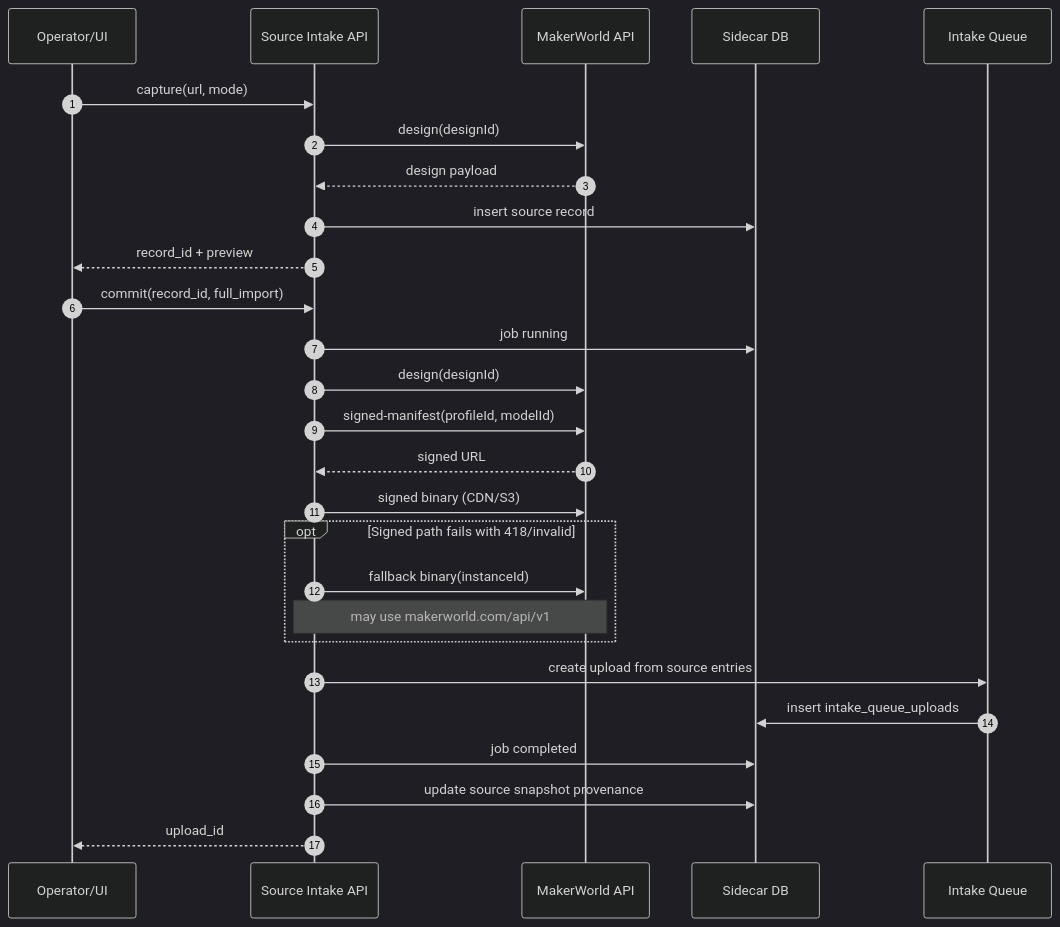
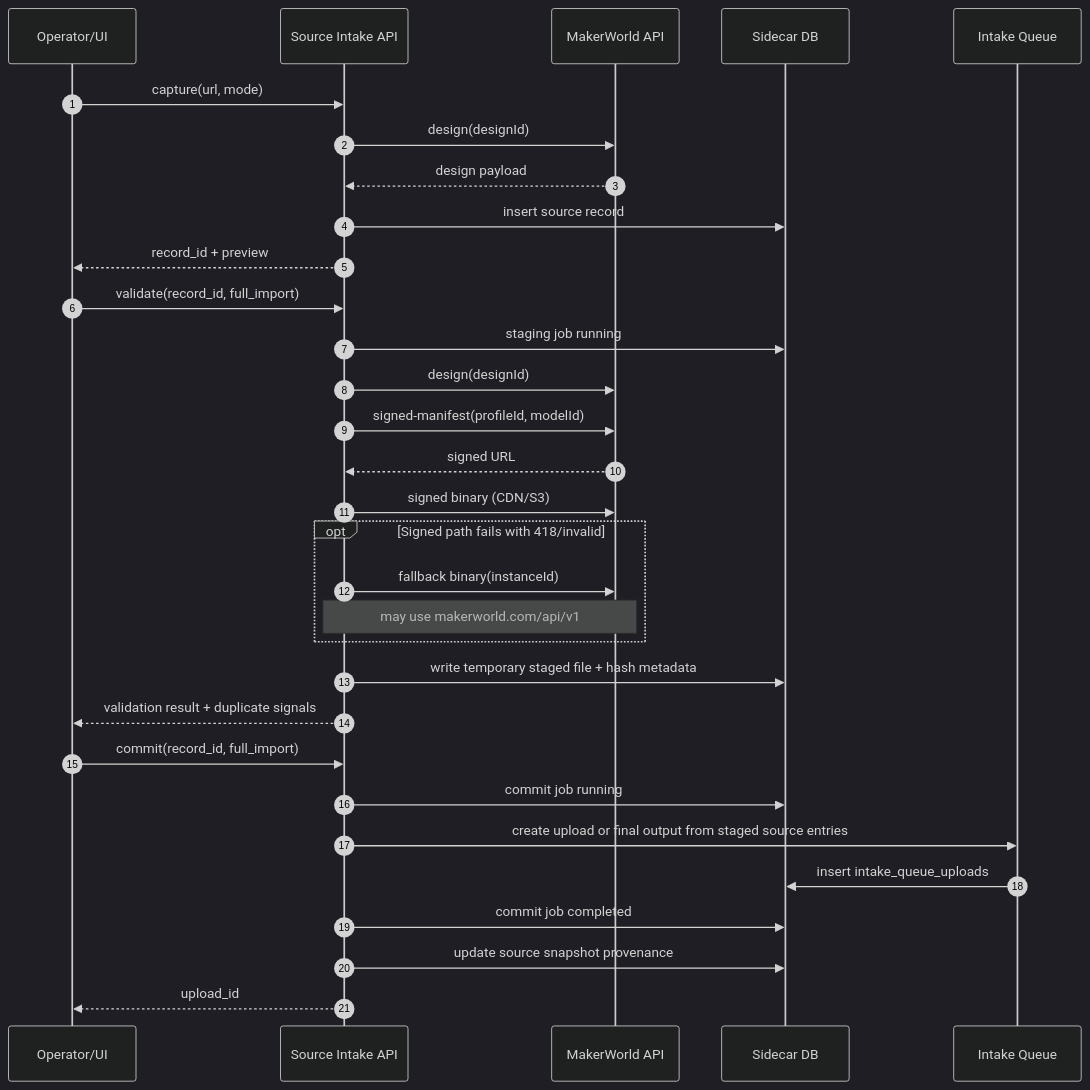
The third of 4 diagrams in docs/features/model_catalog/reference/makerworld-api-schema-mapping.md (rsocko/hass-bambulab-config), drawn with Mermaid (dark theme) before and after one commit. The commit also changed other lines of this file and 12 other files, not shown here.

````diff
--- a/docs/features/model_catalog/reference/makerworld-api-schema-mapping.md
+++ b/docs/features/model_catalog/reference/makerworld-api-schema-mapping.md
@@ -78,31 +81,36 @@
 ```mermaid
 sequenceDiagram
 	autonumber
 	participant OP as Operator/UI
 	participant API as Source Intake API
 	participant MW as MakerWorld API
 	participant DB as Sidecar DB
 	participant Q as Intake Queue
 
 	OP->>API: capture(url, mode)
 	API->>MW: design(designId)
 	MW-->>API: design payload
 	API->>DB: insert source record
 	API-->>OP: record_id + preview
 
-	OP->>API: commit(record_id, full_import)
-	API->>DB: job running
+	OP->>API: validate(record_id, full_import)
+	API->>DB: staging job running
 	API->>MW: design(designId)
 	API->>MW: signed-manifest(profileId, modelId)
 	MW-->>API: signed URL
 	API->>MW: signed binary (CDN/S3)
 	opt Signed path fails with 418/invalid
 		API->>MW: fallback binary(instanceId)
 		Note over API,MW: may use makerworld.com/api/v1
 	end
-	API->>Q: create upload from source entries
+	API->>DB: write temporary staged file + hash metadata
+	API-->>OP: validation result + duplicate signals
+
+	OP->>API: commit(record_id, full_import)
+	API->>DB: commit job running
+	API->>Q: create upload or final output from staged source entries
 	Q->>DB: insert intake_queue_uploads
-	API->>DB: job completed
+	API->>DB: commit job completed
 	API->>DB: update source snapshot provenance
 	API-->>OP: upload_id
 ```
````
